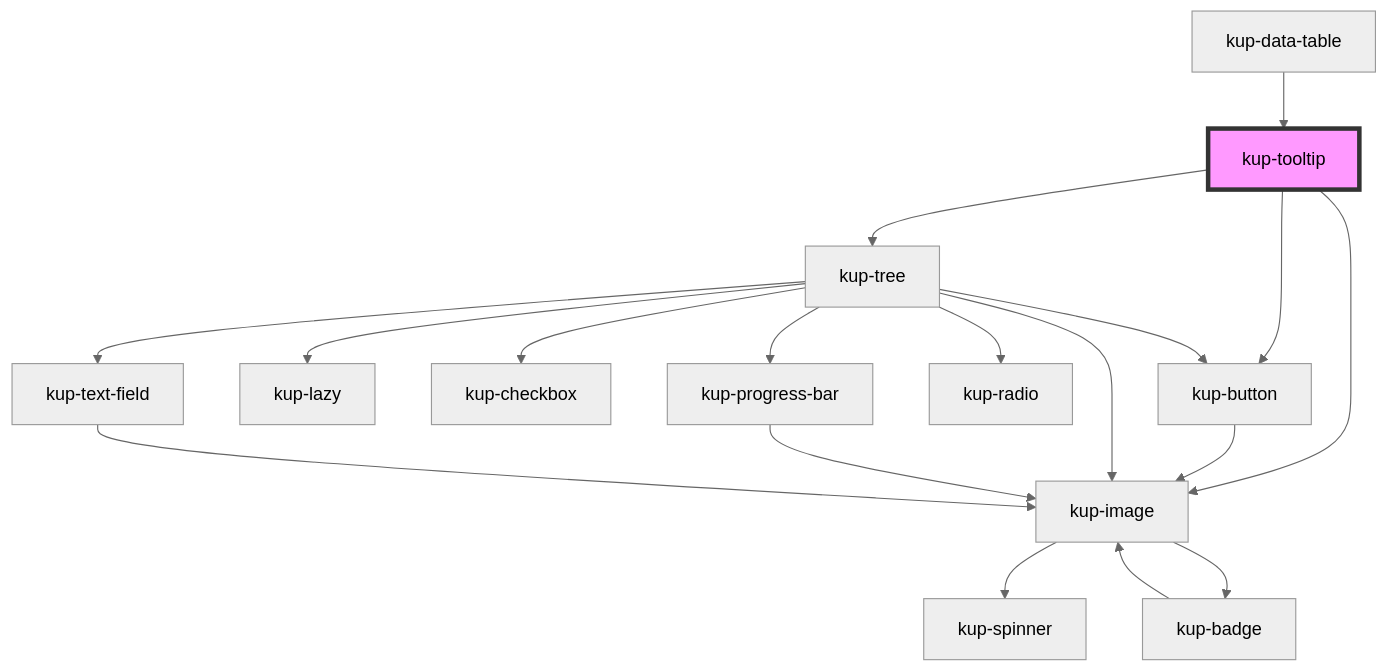
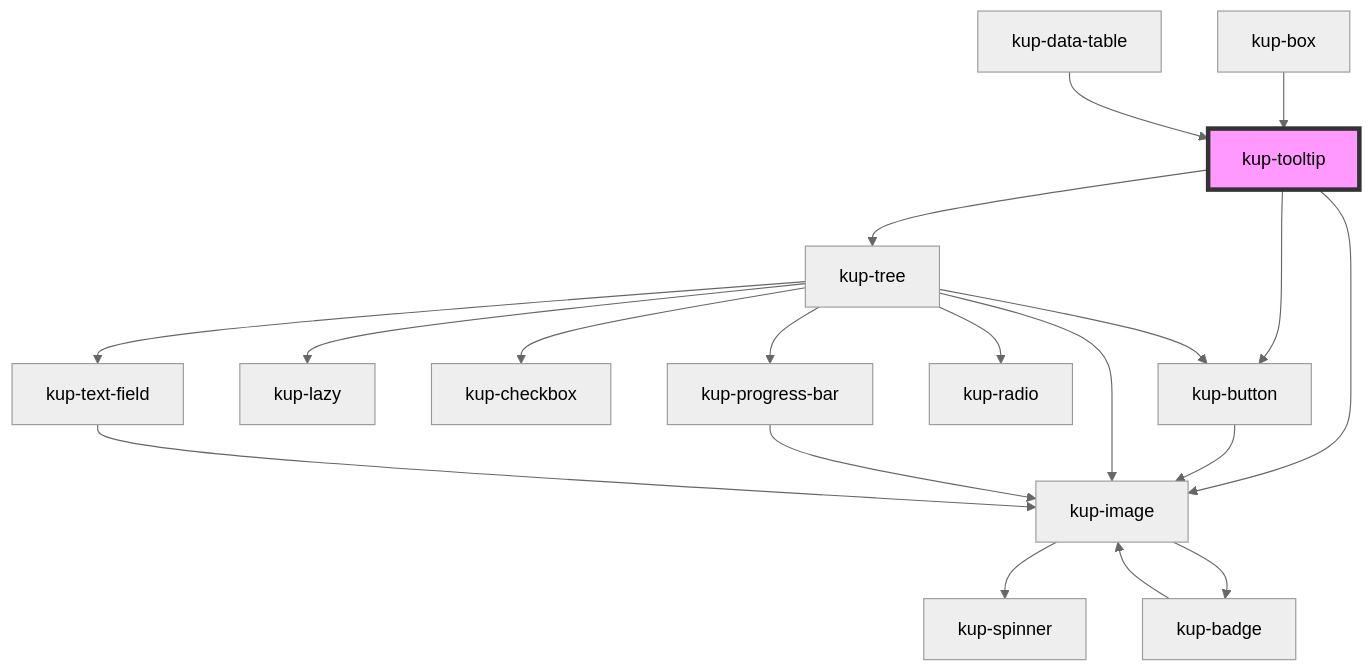
The diagram in packages/ketchup/src/components/kup-tooltip/readme.md (smeup/ketchup), drawn with Mermaid (neutral theme) before and after one commit. The commit also changed other lines of this file and 5 other files, not shown here.

Commit message:
fix kup-tooltip in kup-box; init manage interaction from kup-tree in kup-tooltip (cell options)

````diff
--- a/packages/ketchup/src/components/kup-tooltip/readme.md
+++ b/packages/ketchup/src/components/kup-tooltip/readme.md
@@ -46,21 +47,22 @@
 ```mermaid
 graph TD;
   kup-tooltip --> kup-button
   kup-tooltip --> kup-image
   kup-tooltip --> kup-tree
   kup-button --> kup-image
   kup-image --> kup-spinner
   kup-image --> kup-badge
   kup-badge --> kup-image
   kup-tree --> kup-button
   kup-tree --> kup-lazy
   kup-tree --> kup-checkbox
   kup-tree --> kup-image
   kup-tree --> kup-progress-bar
   kup-tree --> kup-radio
   kup-tree --> kup-text-field
   kup-progress-bar --> kup-image
   kup-text-field --> kup-image
+  kup-box --> kup-tooltip
   kup-data-table --> kup-tooltip
   style kup-tooltip fill:#f9f,stroke:#333,stroke-width:4px
 ```
````
